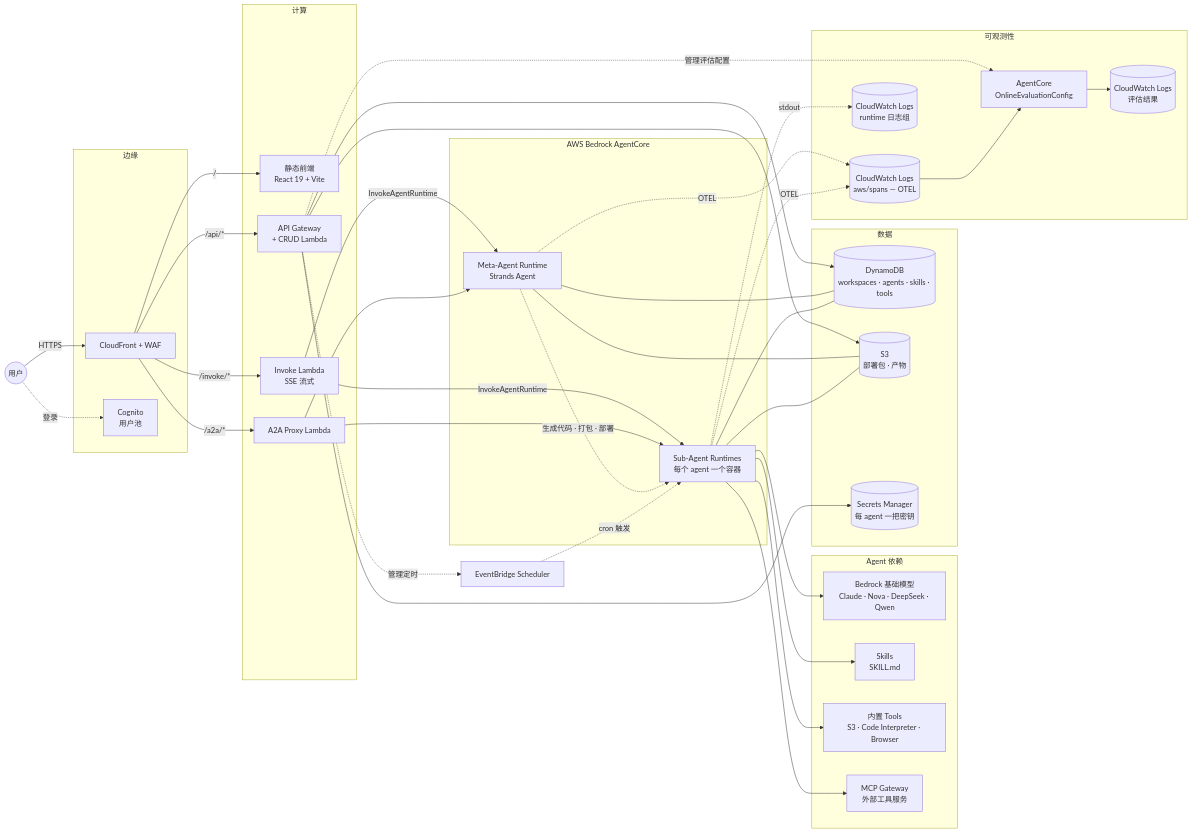
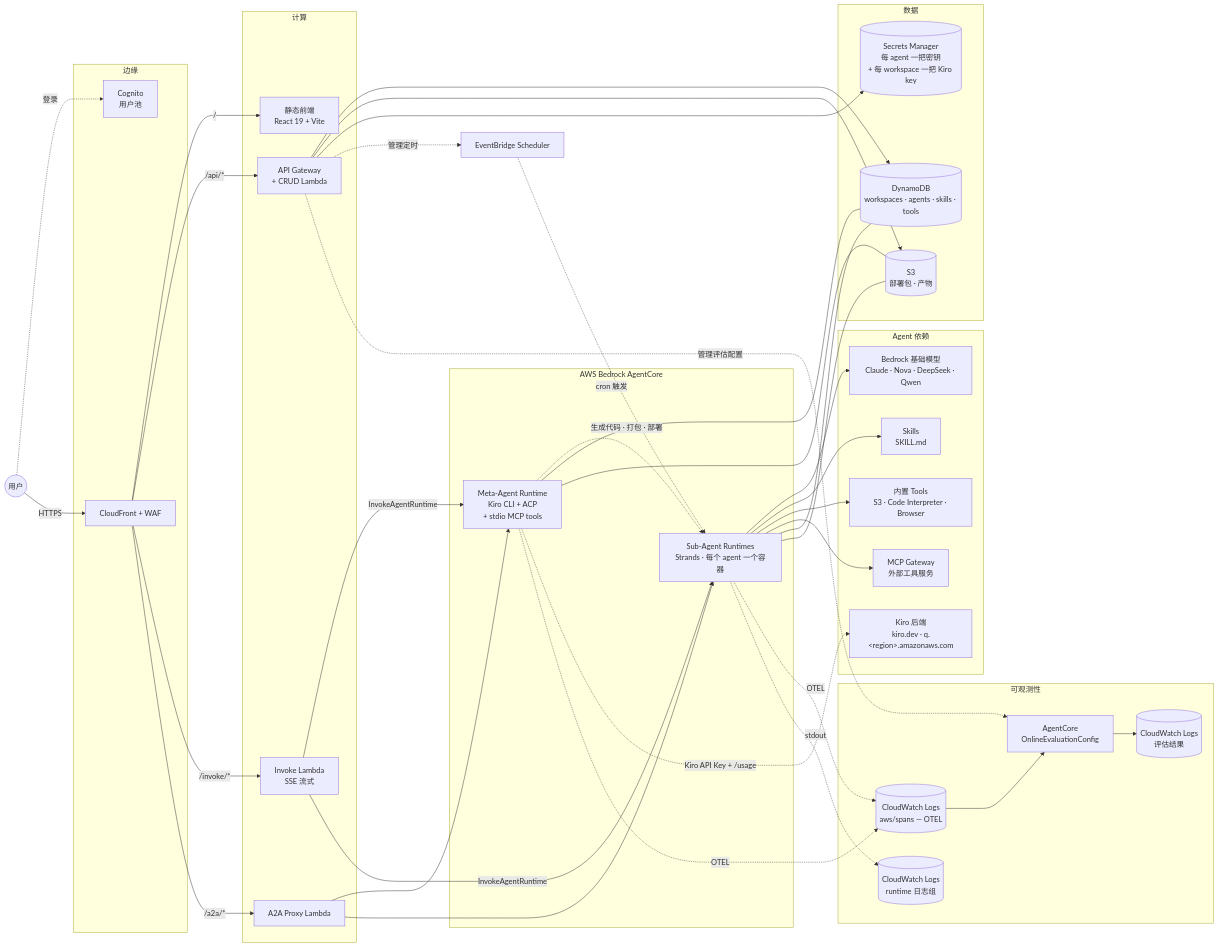
One commit to ddpie/agent-studio changed the first of 2 diagrams in docs/architecture.md. Above: the diagram before and after it, drawn with Mermaid. The commit also changed other lines of this file and 1 other file, not shown here.

First line of the commit message:
docs: reflect Kiro-backed Meta-Agent, per-workspace keys, credit usage

````diff
--- a/docs/architecture.md
+++ b/docs/architecture.md
@@ -7,79 +7,81 @@
 ```mermaid
 graph LR
     User((用户))
 
     subgraph Edge[边缘]
         CF[CloudFront + WAF]
         Cognito[Cognito<br/>用户池]
     end
 
     subgraph Compute[计算]
         FE[静态前端<br/>React 19 + Vite]
         API[API Gateway<br/>+ CRUD Lambda]
         Invoke[Invoke Lambda<br/>SSE 流式]
         A2A[A2A Proxy Lambda]
     end
 
     subgraph AgentCore["AWS Bedrock AgentCore"]
-        Meta[Meta-Agent Runtime<br/>Strands Agent]
-        Sub[Sub-Agent Runtimes<br/>每个 agent 一个容器]
+        Meta[Meta-Agent Runtime<br/>Kiro CLI + ACP<br/>+ stdio MCP tools]
+        Sub[Sub-Agent Runtimes<br/>Strands · 每个 agent 一个容器]
     end
 
     subgraph Outbound["Agent 依赖"]
+        Kiro[Kiro 后端<br/>kiro.dev · q.&lt;region&gt;.amazonaws.com]
         Bedrock[Bedrock 基础模型<br/>Claude · Nova · DeepSeek · Qwen]
         Skills[Skills<br/>SKILL.md]
         Tools[内置 Tools<br/>S3 · Code Interpreter · Browser]
         MCP[MCP Gateway<br/>外部工具服务]
     end
 
     subgraph Data[数据]
         DDB[(DynamoDB<br/>workspaces · agents · skills · tools)]
         S3[(S3<br/>部署包 · 产物)]
-        Secrets[(Secrets Manager<br/>每 agent 一把密钥)]
+        Secrets[(Secrets Manager<br/>每 agent 一把密钥<br/>+ 每 workspace 一把 Kiro key)]
     end
 
     subgraph Observability[可观测性]
         Spans[(CloudWatch Logs<br/>aws/spans — OTEL)]
         RuntimeLogs[(CloudWatch Logs<br/>runtime 日志组)]
         Eval[AgentCore<br/>OnlineEvaluationConfig]
         EvalLogs[(CloudWatch Logs<br/>评估结果)]
     end
 
     EB[EventBridge Scheduler]
 
     User -.登录.-> Cognito
     User -->|HTTPS| CF
     CF -->|/| FE
     CF -->|/api/*| API
     CF -->|/invoke/*| Invoke
     CF -->|/a2a/*| A2A
 
     API --> DDB
     API --> S3
     API --> Secrets
     API -.管理定时.-> EB
     API -.管理评估配置.-> Eval
     Invoke -->|InvokeAgentRuntime| Meta
     Invoke -->|InvokeAgentRuntime| Sub
     A2A --> Meta
     A2A --> Sub
 
     Meta -.生成代码 · 打包 · 部署.-> Sub
     Meta --- DDB
     Meta --- S3
+    Meta -.Kiro API Key + /usage.-> Kiro
 
     Sub --> Bedrock
     Sub --> Skills
     Sub --> Tools
     Sub --> MCP
     Sub --- DDB
     Sub --- S3
 
     EB -.cron 触发.-> Sub
 
     Meta -.OTEL.-> Spans
     Sub -.OTEL.-> Spans
     Sub -.stdout.-> RuntimeLogs
     Spans --> Eval
     Eval --> EvalLogs
 ```
````
